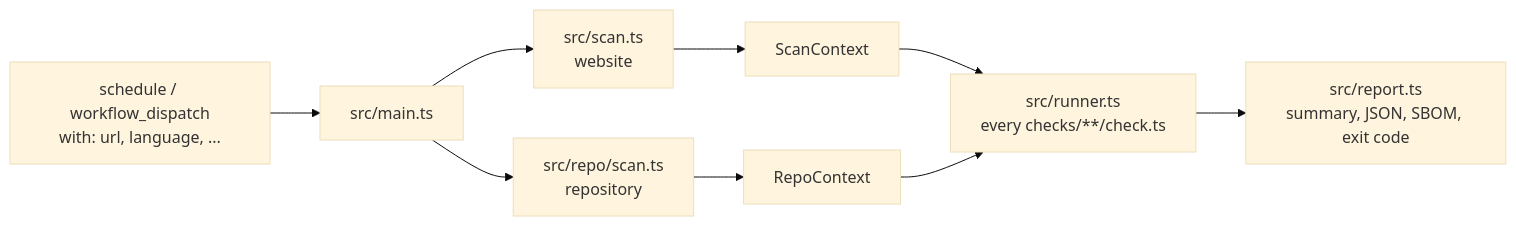
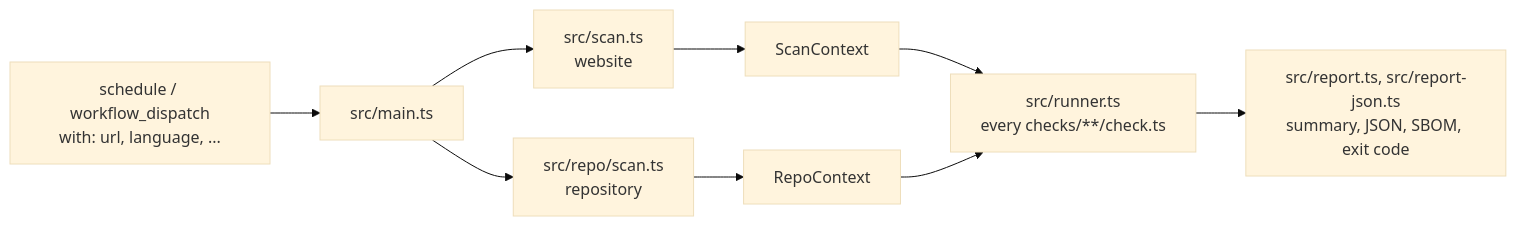
Before and after one commit to kreativ-anders/rechtzeitig: the diagram in dev/architecture.md, drawn with Mermaid (base theme). The commit also changed other lines of this file and 143 other files, not shown here.

````diff
--- a/dev/architecture.md
+++ b/dev/architecture.md
@@ -3,11 +3,11 @@
 ```mermaid
 flowchart LR
   W[schedule / workflow_dispatch<br/>with: url, language, ...] --> M[src/main.ts]
   M --> S[src/scan.ts<br/>website]
   M --> RS[src/repo/scan.ts<br/>repository]
   S --> C[ScanContext]
   RS --> RC[RepoContext]
   C --> R[src/runner.ts<br/>every checks/**/check.ts]
   RC --> R
-  R --> O[src/report.ts<br/>summary, JSON, SBOM, exit code]
+  R --> O[src/report.ts, src/report-json.ts<br/>summary, JSON, SBOM, exit code]
 ```
````
